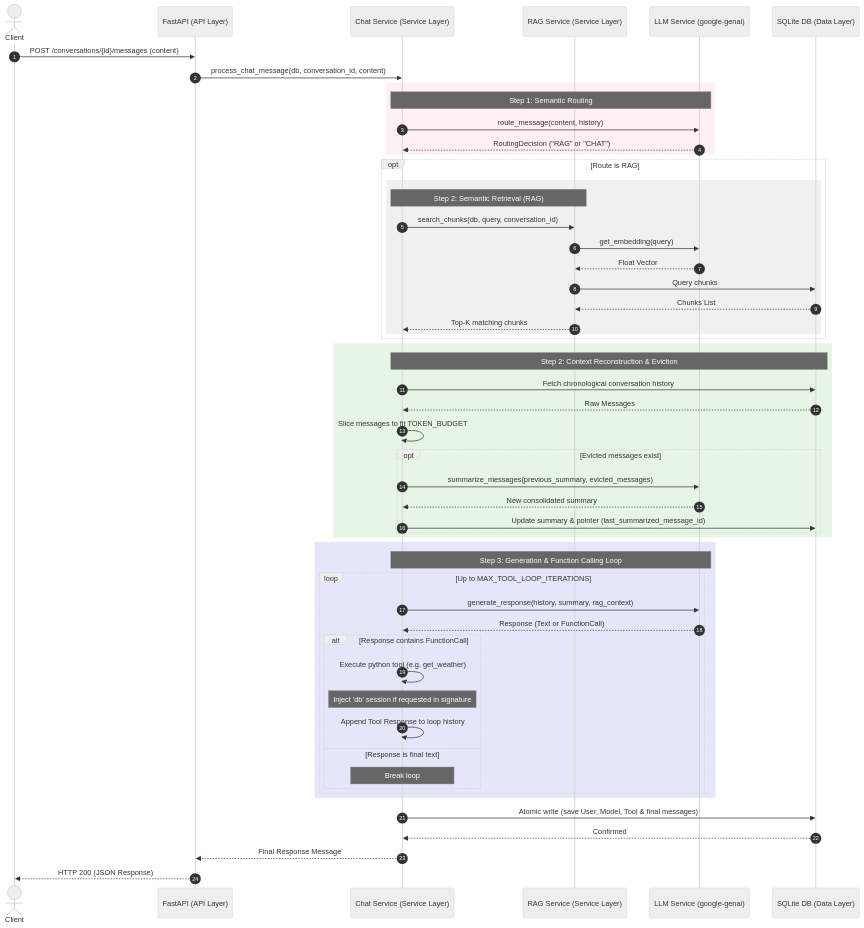
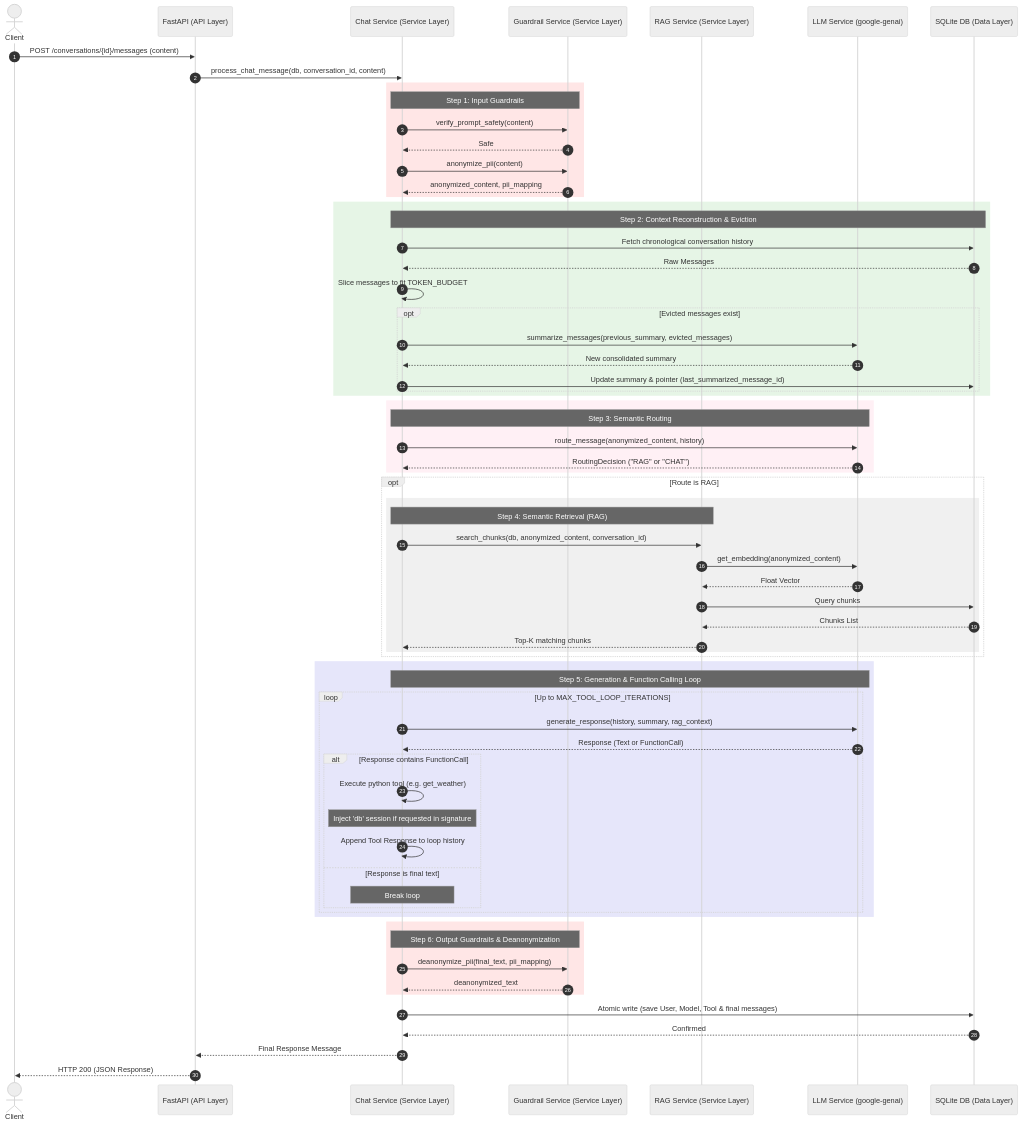
The diagram in README.md (KaiserHMon/llm-runtime-playground), drawn with Mermaid (neutral theme) before and after one commit. The commit also changed other lines of this file, not shown here.

Commit message:
docs: update README with table of contents, corrected sequence diagram, and cleanup

````diff
--- a/README.md
+++ b/README.md
@@ -86,64 +96,78 @@
 ```mermaid
 sequenceDiagram
     autonumber
     actor Client
     participant API as FastAPI (API Layer)
     participant ChatService as Chat Service (Service Layer)
+    participant Guardrails as Guardrail Service (Service Layer)
     participant RAG as RAG Service (Service Layer)
     participant LLM as LLM Service (google-genai)
     participant DB as SQLite DB (Data Layer)
 
     Client->>API: POST /conversations/{id}/messages (content)
     API->>ChatService: process_chat_message(db, conversation_id, content)
-    
-    rect rgb(255, 240, 245)
-        Note over ChatService, LLM: Step 1: Semantic Routing
-        ChatService->>LLM: route_message(content, history)
-        LLM-->>ChatService: RoutingDecision ("RAG" or "CHAT")
+
+    rect rgb(255, 230, 230)
+        Note over ChatService, Guardrails: Step 1: Input Guardrails
+        ChatService->>Guardrails: verify_prompt_safety(content)
+        Guardrails-->>ChatService: Safe
+        ChatService->>Guardrails: anonymize_pii(content)
+        Guardrails-->>ChatService: anonymized_content, pii_mapping
     end
-    
-    opt Route is RAG
-        rect rgb(240, 240, 240)
-            Note over ChatService, RAG: Step 2: Semantic Retrieval (RAG)
-            ChatService->>RAG: search_chunks(db, query, conversation_id)
-            RAG->>LLM: get_embedding(query)
-            LLM-->>RAG: Float Vector
-            RAG->>DB: Query chunks
-            DB-->>RAG: Chunks List
-            RAG-->>ChatService: Top-K matching chunks
-        end
-    end
-
 
     rect rgb(230, 245, 230)
         Note over ChatService, DB: Step 2: Context Reconstruction & Eviction
         ChatService->>DB: Fetch chronological conversation history
         DB-->>ChatService: Raw Messages
         ChatService->>ChatService: Slice messages to fit TOKEN_BUDGET
         opt Evicted messages exist
             ChatService->>LLM: summarize_messages(previous_summary, evicted_messages)
             LLM-->>ChatService: New consolidated summary
             ChatService->>DB: Update summary & pointer (last_summarized_message_id)
         end
     end
 
+    rect rgb(255, 240, 245)
+        Note over ChatService, LLM: Step 3: Semantic Routing
+        ChatService->>LLM: route_message(anonymized_content, history)
+        LLM-->>ChatService: RoutingDecision ("RAG" or "CHAT")
+    end
+    
+    opt Route is RAG
+        rect rgb(240, 240, 240)
+            Note over ChatService, RAG: Step 4: Semantic Retrieval (RAG)
+            ChatService->>RAG: search_chunks(db, anonymized_content, conversation_id)
+            RAG->>LLM: get_embedding(anonymized_content)
+            LLM-->>RAG: Float Vector
+            RAG->>DB: Query chunks
+            DB-->>RAG: Chunks List
+            RAG-->>ChatService: Top-K matching chunks
+        end
+    end
+
     rect rgb(230, 230, 250)
-        Note over ChatService, LLM: Step 3: Generation & Function Calling Loop
+        Note over ChatService, LLM: Step 5: Generation & Function Calling Loop
         loop Up to MAX_TOOL_LOOP_ITERATIONS
             ChatService->>LLM: generate_response(history, summary, rag_context)
             LLM-->>ChatService: Response (Text or FunctionCall)
             alt Response contains FunctionCall
                 ChatService->>ChatService: Execute python tool (e.g. get_weather)
                 Note over ChatService: Inject 'db' session if requested in signature
                 ChatService->>ChatService: Append Tool Response to loop history
             else Response is final text
                 Note over ChatService: Break loop
             end
         end
     end
 
+    rect rgb(255, 230, 230)
+        Note over ChatService, Guardrails: Step 6: Output Guardrails & Deanonymization
+        ChatService->>Guardrails: deanonymize_pii(final_text, pii_mapping)
+        Guardrails-->>ChatService: deanonymized_text
+    end
+
     ChatService->>DB: Atomic write (save User, Model, Tool & final messages)
     DB-->>ChatService: Confirmed
     ChatService-->>API: Final Response Message
     API-->>Client: HTTP 200 (JSON Response)
 ```
````
